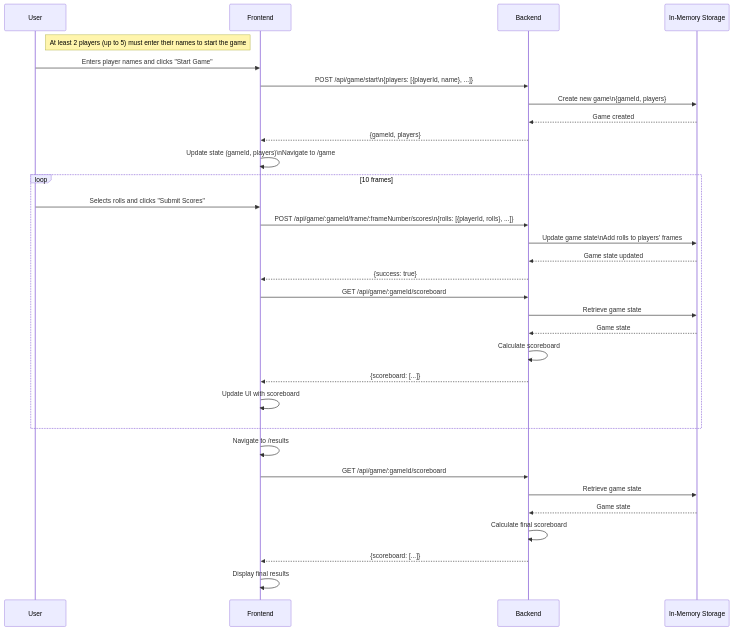
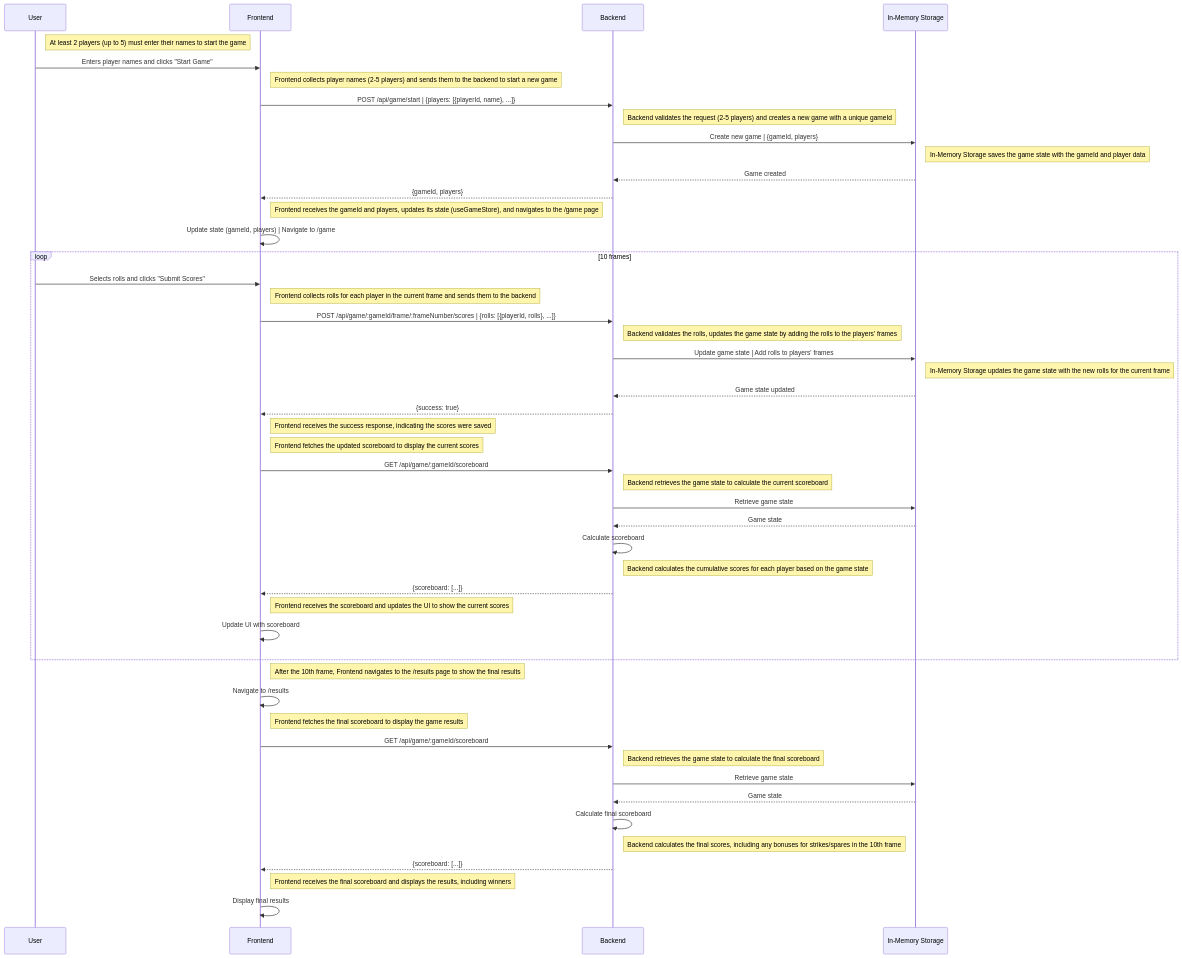
Before and after one commit to vanthonglee/bowling-score-tracker: the diagram in README.md, drawn with Mermaid.

Commit message:
chore: update README sequence diagram

````diff
--- a/README.md
+++ b/README.md
@@ -18,42 +18,61 @@
 ```mermaid
+
 sequenceDiagram
     participant User
     participant FE as Frontend
     participant BE as Backend
     participant IMS as In-Memory Storage
 
     %% Start a New Game
     note right of User: At least 2 players (up to 5) must enter their names to start the game
     User->>FE: Enters player names and clicks "Start Game"
-    FE->>BE: POST /api/game/start\n{players: [{playerId, name}, ...]}
-    BE->>IMS: Create new game\n{gameId, players}
+    note right of FE: Frontend collects player names (2-5 players) and sends them to the backend to start a new game
+    FE->>BE: POST /api/game/start | {players: [{playerId, name}, ...]}
+    note right of BE: Backend validates the request (2-5 players) and creates a new game with a unique gameId
+    BE->>IMS: Create new game | {gameId, players}
+    note right of IMS: In-Memory Storage saves the game state with the gameId and player data
     IMS-->>BE: Game created
     BE-->>FE: {gameId, players}
-    FE->>FE: Update state (gameId, players)\nNavigate to /game
+    note right of FE: Frontend receives the gameId and players, updates its state (useGameStore), and navigates to the /game page
+    FE->>FE: Update state (gameId, players) | Navigate to /game
 
     %% Play 10 Frames
     loop 10 frames
         User->>FE: Selects rolls and clicks "Submit Scores"
-        FE->>BE: POST /api/game/:gameId/frame/:frameNumber/scores\n{rolls: [{playerId, rolls}, ...]}
-        BE->>IMS: Update game state\nAdd rolls to players' frames
+        note right of FE: Frontend collects rolls for each player in the current frame and sends them to the backend
+        FE->>BE: POST /api/game/:gameId/frame/:frameNumber/scores | {rolls: [{playerId, rolls}, ...]}
+        note right of BE: Backend validates the rolls, updates the game state by adding the rolls to the players' frames
+        BE->>IMS: Update game state | Add rolls to players' frames
+        note right of IMS: In-Memory Storage updates the game state with the new rolls for the current frame
         IMS-->>BE: Game state updated
         BE-->>FE: {success: true}
+        note right of FE: Frontend receives the success response, indicating the scores were saved
 
         %% Fetch Scoreboard After Each Frame
+        note right of FE: Frontend fetches the updated scoreboard to display the current scores
         FE->>BE: GET /api/game/:gameId/scoreboard
+        note right of BE: Backend retrieves the game state to calculate the current scoreboard
         BE->>IMS: Retrieve game state
         IMS-->>BE: Game state
         BE->>BE: Calculate scoreboard
+        note right of BE: Backend calculates the cumulative scores for each player based on the game state
         BE-->>FE: {scoreboard: [...]}
+        note right of FE: Frontend receives the scoreboard and updates the UI to show the current scores
         FE->>FE: Update UI with scoreboard
     end
 
     %% Navigate to Results
+    note right of FE: After the 10th frame, Frontend navigates to the /results page to show the final results
     FE->>FE: Navigate to /results
+    note right of FE: Frontend fetches the final scoreboard to display the game results
     FE->>BE: GET /api/game/:gameId/scoreboard
+    note right of BE: Backend retrieves the game state to calculate the final scoreboard
     BE->>IMS: Retrieve game state
     IMS-->>BE: Game state
     BE->>BE: Calculate final scoreboard
+    note right of BE: Backend calculates the final scores, including any bonuses for strikes/spares in the 10th frame
     BE-->>FE: {scoreboard: [...]}
+    note right of FE: Frontend receives the final scoreboard and displays the results, including winners
     FE->>FE: Display final results
+
 ```
````
